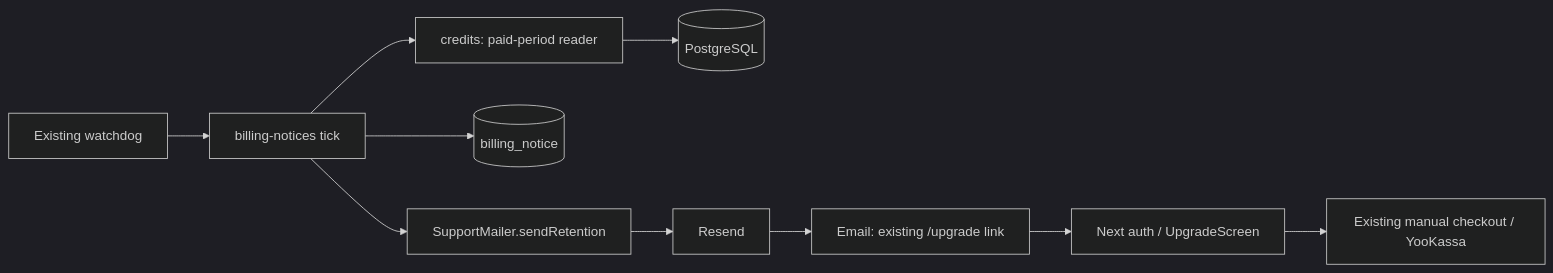
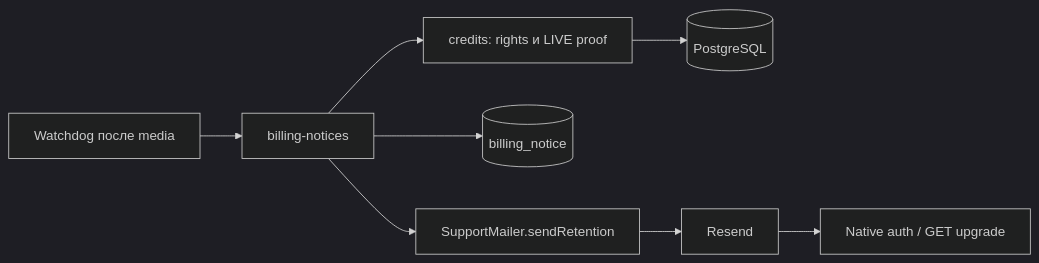
One commit to djd1m/clipmkr changed the diagram in features/manual-billing-reminders/05_architecture.md. Above: the diagram before and after it, drawn with Mermaid (dark theme). The commit also changed other lines of this file and 20 other files, not shown here.

````diff
--- a/features/manual-billing-reminders/05_architecture.md
+++ b/features/manual-billing-reminders/05_architecture.md
@@ -6,12 +6,10 @@
 ```mermaid
 flowchart LR
-  W[Existing watchdog] --> N[billing-notices tick]
-  N --> C[credits: paid-period reader]
+  W[Watchdog после media] --> N[billing-notices]
+  N --> C[credits: rights и LIVE proof]
   C --> P[(PostgreSQL)]
   N --> J[(billing_notice)]
   N --> M[SupportMailer.sendRetention]
   M --> R[Resend]
-  R --> E[Email: existing /upgrade link]
-  E --> U[Next auth / UpgradeScreen]
-  U --> Y[Existing manual checkout / YooKassa]
+  R --> U[Native auth / GET upgrade]
 ```
````
